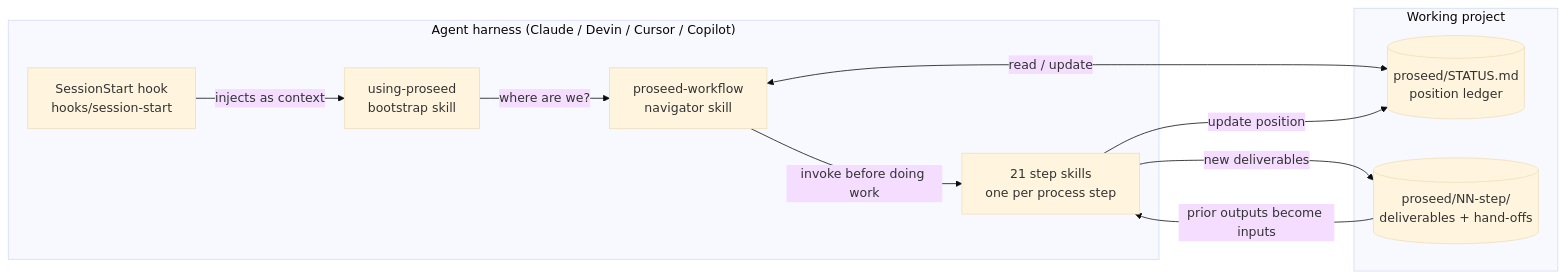
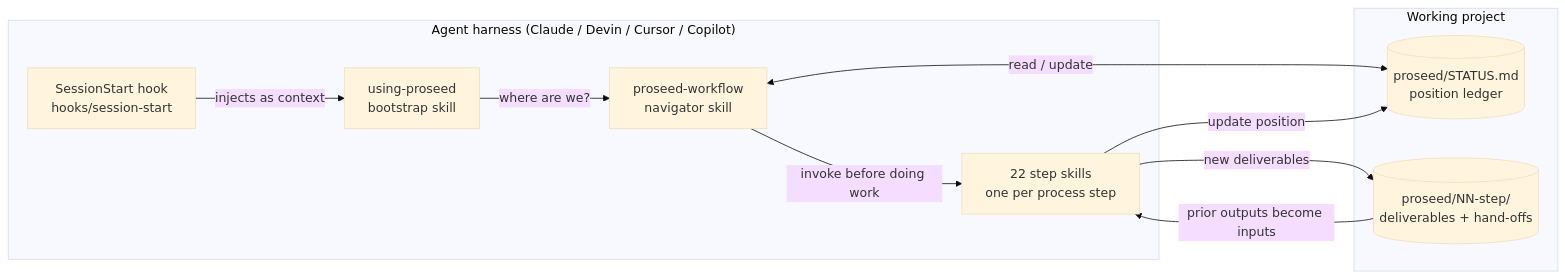
One commit to Sebastianrodaaa/Proseed-Pilot changed the first of 3 diagrams in README.md. Above: the diagram before and after it, drawn with Mermaid (base theme). The commit also changed other lines of this file and 45 other files, not shown here.

````diff
--- a/README.md
+++ b/README.md
@@ -45,20 +44,20 @@
 ```mermaid
 flowchart LR
     subgraph Harness["Agent harness (Claude / Devin / Cursor / Copilot)"]
         HOOK["SessionStart hook<br/>hooks/session-start"]
         BOOT["using-proseed<br/>bootstrap skill"]
         NAV["proseed-workflow<br/>navigator skill"]
-        STEPS["21 step skills<br/>one per process step"]
+        STEPS["22 step skills<br/>one per process step"]
         HOOK -->|injects as context| BOOT
         BOOT -->|"where are we?"| NAV
         NAV -->|invoke before doing work| STEPS
     end
     subgraph Project["Working project"]
         ST[("proseed/STATUS.md<br/>position ledger")]
         DELIV[("proseed/NN-step/<br/>deliverables + hand-offs")]
         NAV <-->|read / update| ST
         DELIV -->|prior outputs become inputs| STEPS
         STEPS -->|new deliverables| DELIV
         STEPS -->|update position| ST
     end
 ```
````
